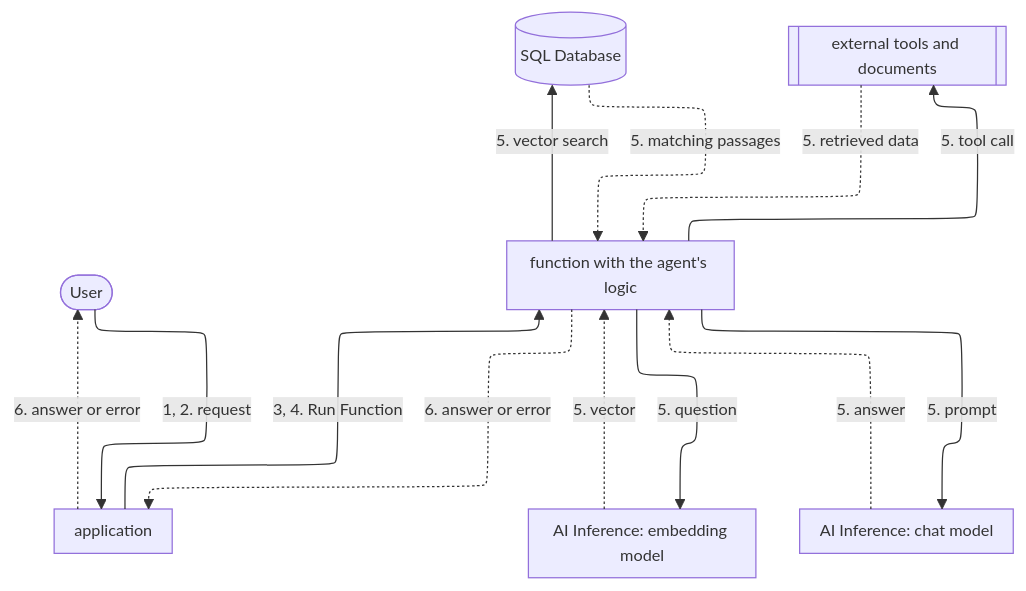
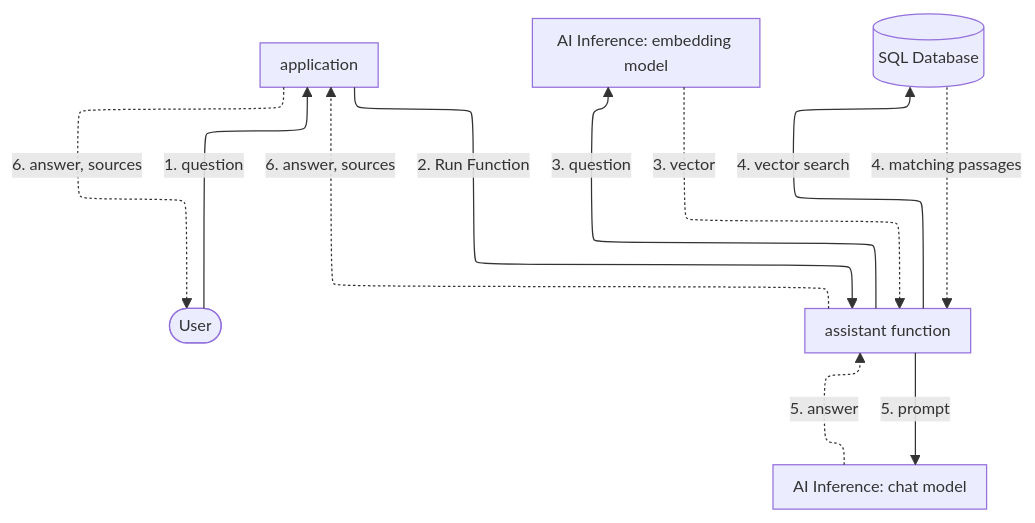
Before and after one commit to aziontech/docs: the diagram in apps/docs/src/content/docs/en/pages/architectures/artificial-intelligence/ai-agent-copilot.mdx, drawn with Mermaid. The commit also changed other lines of this file and 5 other files, not shown here.

````diff
--- a/apps/docs/src/content/docs/en/pages/architectures/artificial-intelligence/ai-agent-copilot.mdx
+++ b/apps/docs/src/content/docs/en/pages/architectures/artificial-intelligence/ai-agent-copilot.mdx
@@ -37,23 +25,20 @@
 ```mermaid
 %%{init: {"layout": "elk", "elk": {"cycleBreakingStrategy": "MODEL_ORDER"}, "themeVariables": {"fontSize": "13px"}, "flowchart": {"nodeSpacing": 24, "rankSpacing": 36, "padding": 8, "wrappingWidth": 150, "useMaxWidth": true}, "sequence": {"width": 120, "actorMargin": 30, "useMaxWidth": true}}}%%
 flowchart TD
   User(["User"])
   App["application"]
-  Fn["function with the agent's logic"]
+  Fn["assistant function"]
   Embed["AI Inference: embedding model"]
   DB[("SQL Database")]
-  Tools[["external tools and documents"]]
   Chat["AI Inference: chat model"]
-  User -->|"1, 2. request"| App
-  App -->|"3, 4. Run Function"| Fn
-  Fn -->|"5. question"| Embed
-  Fn -->|"5. vector search"| DB
-  Fn -->|"5. tool call"| Tools
+  User -->|"1. question"| App
+  App -->|"2. Run Function"| Fn
+  Fn -->|"3. question"| Embed
+  Fn -->|"4. vector search"| DB
   Fn -->|"5. prompt"| Chat
-  Embed -.->|"5. vector"| Fn
-  DB -.->|"5. matching passages"| Fn
-  Tools -.->|"5. retrieved data"| Fn
+  Embed -.->|"3. vector"| Fn
+  DB -.->|"4. matching passages"| Fn
   Chat -.->|"5. answer"| Fn
-  Fn -.->|"6. answer or error"| App
-  App -.->|"6. answer or error"| User
+  Fn -.->|"6. answer, sources"| App
+  App -.->|"6. answer, sources"| User
 ```
````
